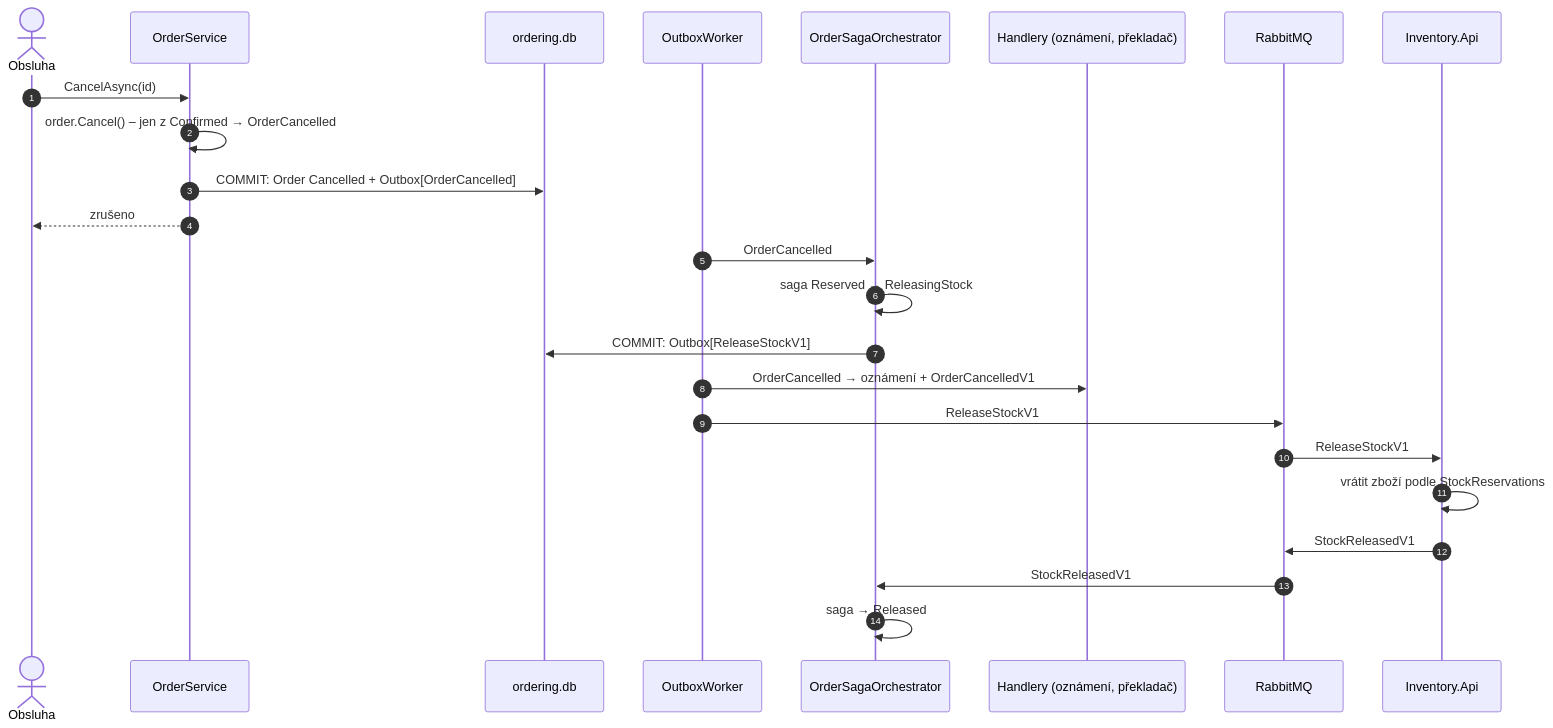
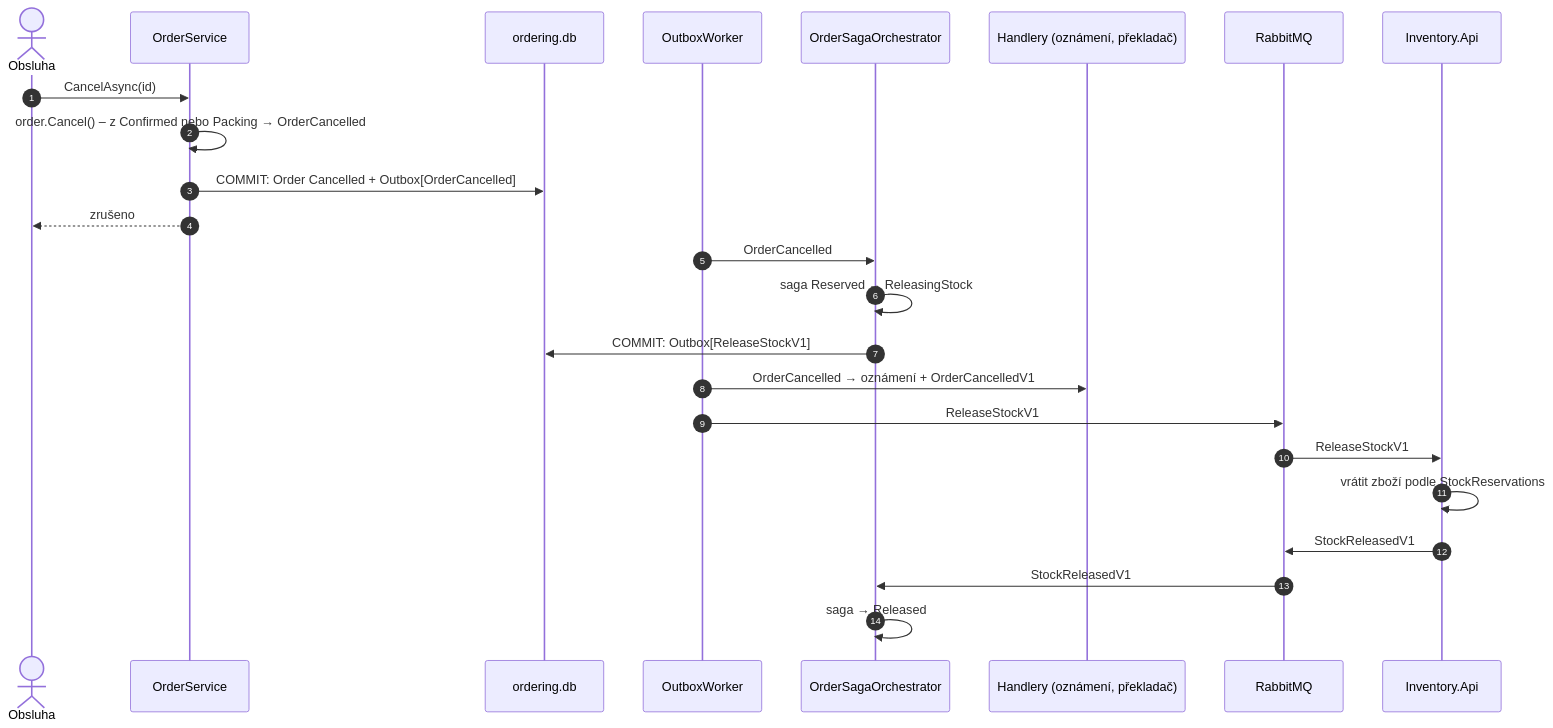
One commit to ftichy/MiniShop changed the diagram in docs/prirucka/toky/zruseni-a-vyrizeni.md. Above: the diagram before and after it, drawn with Mermaid. The commit also changed other lines of this file and 68 other files, not shown here.

````diff
--- a/docs/prirucka/toky/zruseni-a-vyrizeni.md
+++ b/docs/prirucka/toky/zruseni-a-vyrizeni.md
@@ -12,27 +13,27 @@
 ```mermaid
 sequenceDiagram
     autonumber
     actor O as Obsluha
     participant S as OrderService
     participant ODB as ordering.db
     participant OW as OutboxWorker
     participant SG as OrderSagaOrchestrator
     participant H as Handlery (oznámení, překladač)
     participant MQ as RabbitMQ
     participant I as Inventory.Api
 
     O->>S: CancelAsync(id)
-    S->>S: order.Cancel() – jen z Confirmed → OrderCancelled
+    S->>S: order.Cancel() – z Confirmed nebo Packing → OrderCancelled
     S->>ODB: COMMIT: Order Cancelled + Outbox[OrderCancelled]
     S-->>O: zrušeno
     OW->>SG: OrderCancelled
     SG->>SG: saga Reserved → ReleasingStock
     SG->>ODB: COMMIT: Outbox[ReleaseStockV1]
     OW->>H: OrderCancelled → oznámení + OrderCancelledV1
     OW->>MQ: ReleaseStockV1
     MQ->>I: ReleaseStockV1
     I->>I: vrátit zboží podle StockReservations
     I->>MQ: StockReleasedV1
     MQ->>SG: StockReleasedV1
     SG->>SG: saga → Released
 ```
````
